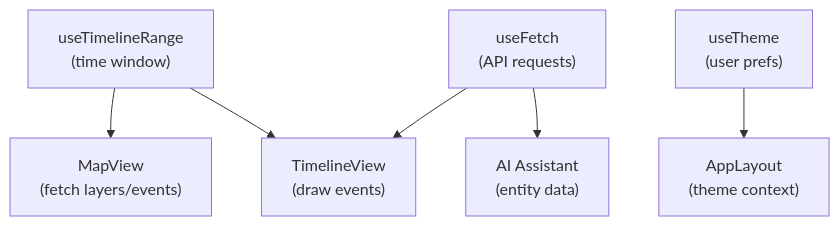
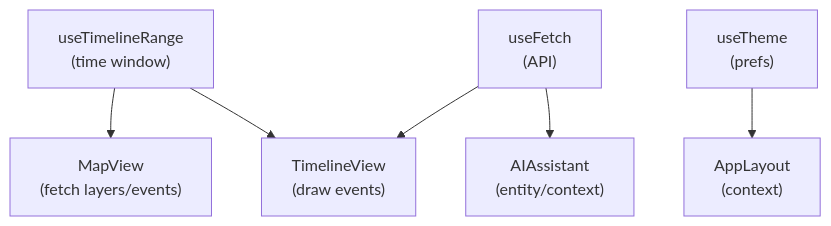
The diagram in web/src/hooks/README.md (bartytime4life/Kansas-Frontier-Matrix), drawn with Mermaid before and after one commit. The commit also changed other lines of this file, not shown here.

````diff
--- a/web/src/hooks/README.md
+++ b/web/src/hooks/README.md
@@ -115,9 +116,9 @@
 ```mermaid
 flowchart TD
   A["useTimelineRange<br/>(time window)"] --> B["MapView<br/>(fetch layers/events)"]
   A --> C["TimelineView<br/>(draw events)"]
-  D["useFetch<br/>(API requests)"] --> C
-  D --> E["AI Assistant<br/>(entity data)"]
-  F["useTheme<br/>(user prefs)"] --> G["AppLayout<br/>(theme context)"]
+  D["useFetch<br/>(API)"] --> C
+  D --> E["AIAssistant<br/>(entity/context)"]
+  F["useTheme<br/>(prefs)"] --> G["AppLayout<br/>(context)"]
 %% END OF MERMAID
 ```
````
